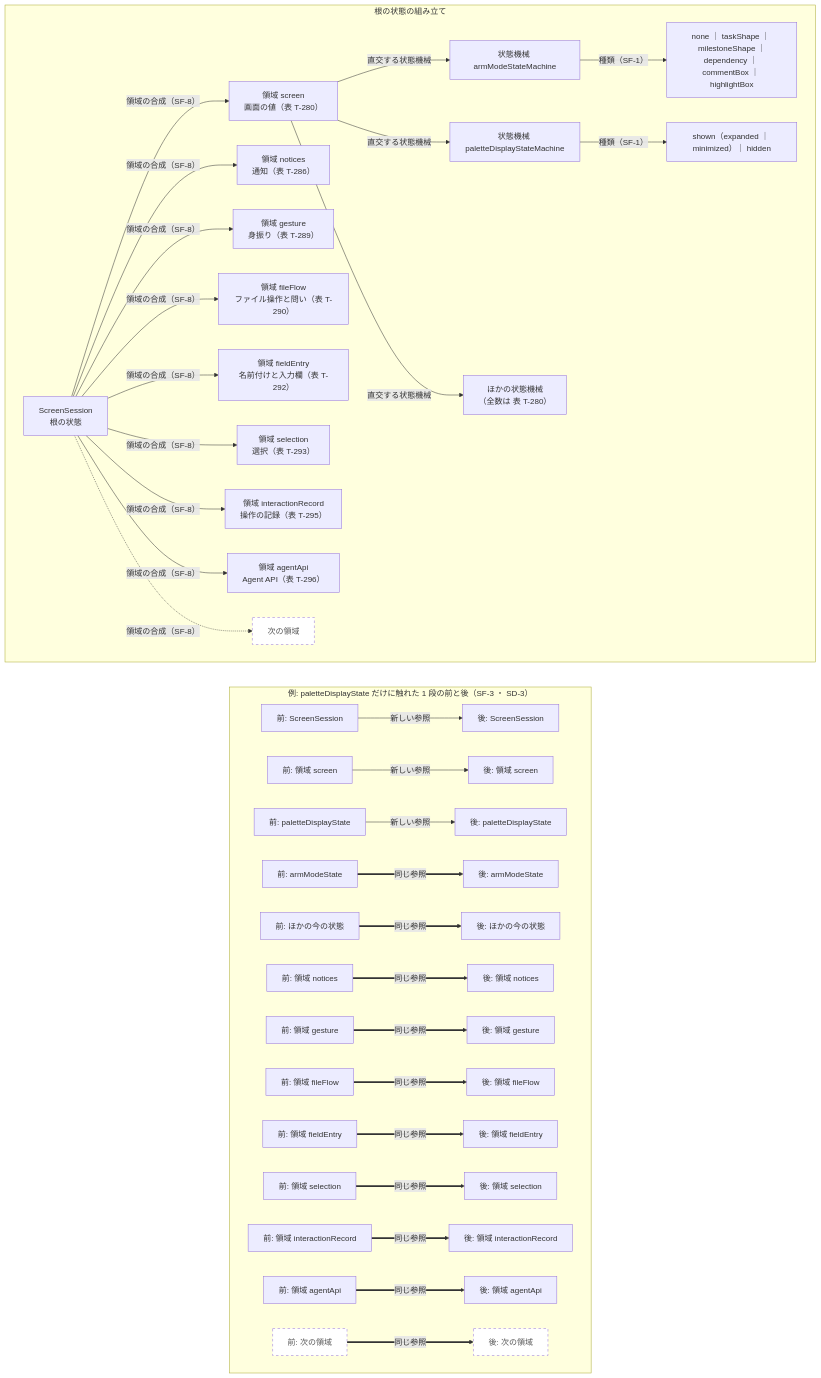
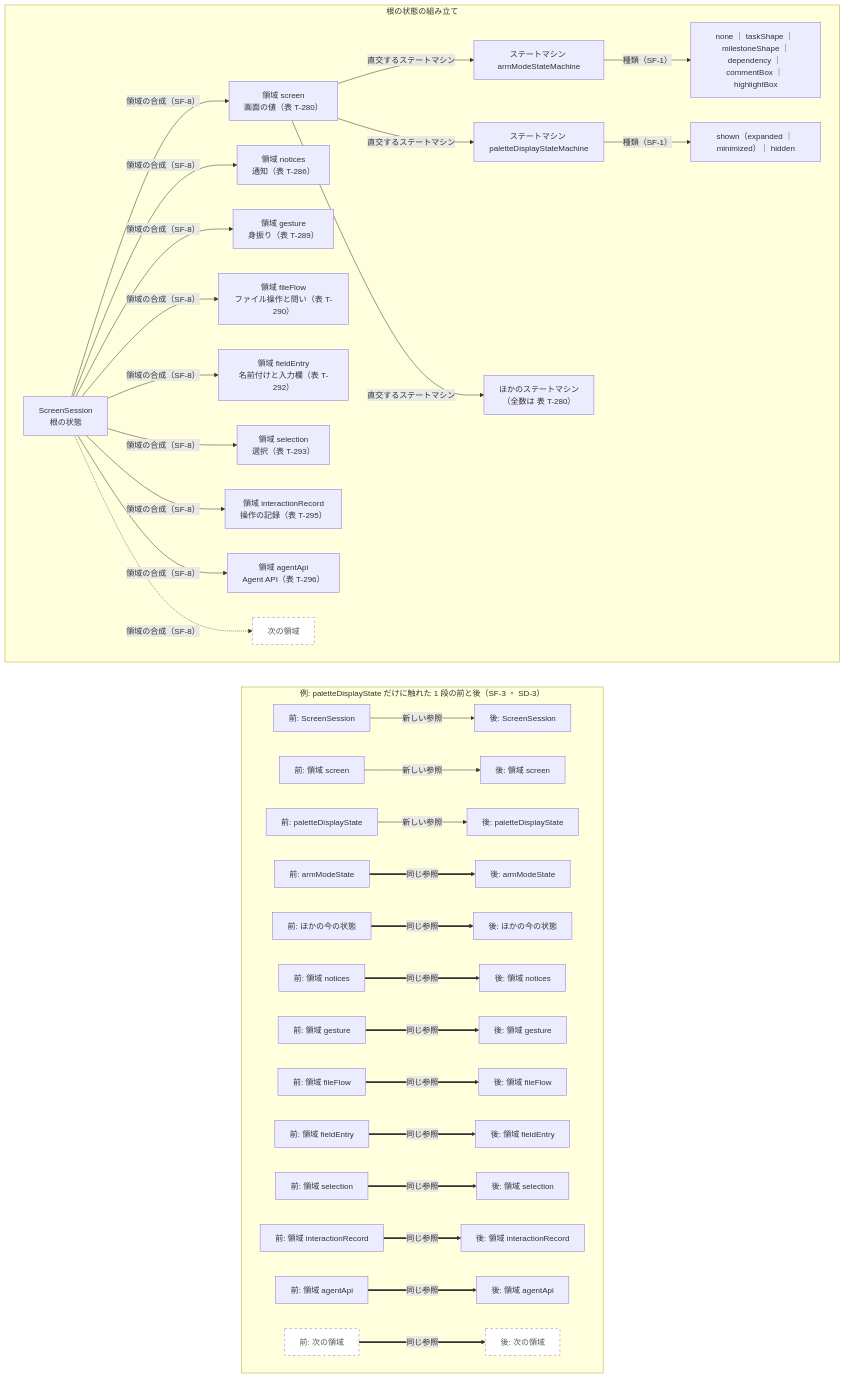
The fourth of 4 diagrams in docs/spec/05-07-design.md (GoodRelax/gr-scheduler), drawn with Mermaid before and after one commit. The commit also changed other lines of this file and 58 other files, not shown here.

````diff
--- a/docs/spec/05-07-design.md
+++ b/docs/spec/05-07-design.md
@@ -1146,54 +1146,54 @@
 ```mermaid
 flowchart TB
     subgraph Shape["根の状態の組み立て"]
         direction LR
         Root["ScreenSession<br>根の状態"]
         Screen["領域 screen<br>画面の値（表 T-280）"]
         Notices["領域 notices<br>通知（表 T-286）"]
         Gesture["領域 gesture<br>身振り（表 T-289）"]
         FileFlow["領域 fileFlow<br>ファイル操作と問い（表 T-290）"]
         FieldEntry["領域 fieldEntry<br>名前付けと入力欄（表 T-292）"]
         SelectionRegion["領域 selection<br>選択（表 T-293）"]
         RecordRegion["領域 interactionRecord<br>操作の記録（表 T-295）"]
         AgentApiRegion["領域 agentApi<br>Agent API（表 T-296）"]
         Next["次の領域"]:::future
-        Armed["状態機械 armModeStateMachine"]
-        Palette["状態機械 paletteDisplayStateMachine"]
-        Others["ほかの状態機械<br>（全数は 表 T-280）"]
+        Armed["ステートマシン armModeStateMachine"]
+        Palette["ステートマシン paletteDisplayStateMachine"]
+        Others["ほかのステートマシン<br>（全数は 表 T-280）"]
         ArmedK["none ｜ taskShape ｜ milestoneShape ｜<br>dependency ｜ commentBox ｜ highlightBox"]
         PaletteK["shown（expanded ｜ minimized）｜ hidden"]
         Root -->|"領域の合成（SF-8）"| Screen
         Root -->|"領域の合成（SF-8）"| Notices
         Root -->|"領域の合成（SF-8）"| Gesture
         Root -->|"領域の合成（SF-8）"| FileFlow
         Root -->|"領域の合成（SF-8）"| FieldEntry
         Root -->|"領域の合成（SF-8）"| SelectionRegion
         Root -->|"領域の合成（SF-8）"| RecordRegion
         Root -->|"領域の合成（SF-8）"| AgentApiRegion
         Root -.->|"領域の合成（SF-8）"| Next
-        Screen -->|"直交する状態機械"| Armed
-        Screen -->|"直交する状態機械"| Palette
-        Screen -->|"直交する状態機械"| Others
+        Screen -->|"直交するステートマシン"| Armed
+        Screen -->|"直交するステートマシン"| Palette
+        Screen -->|"直交するステートマシン"| Others
         Armed -->|"種類（SF-1）"| ArmedK
         Palette -->|"種類（SF-1）"| PaletteK
     end
     subgraph Step["例: paletteDisplayState だけに触れた 1 段の前と後（SF-3 ・ SD-3）"]
         direction LR
         R0["前: ScreenSession"] -->|"新しい参照"| R1["後: ScreenSession"]
         S0["前: 領域 screen"] -->|"新しい参照"| S1["後: 領域 screen"]
         P0["前: paletteDisplayState"] -->|"新しい参照"| P1["後: paletteDisplayState"]
         A0["前: armModeState"] ==>|"同じ参照"| A1["後: armModeState"]
         O0["前: ほかの今の状態"] ==>|"同じ参照"| O1["後: ほかの今の状態"]
         M0["前: 領域 notices"] ==>|"同じ参照"| M1["後: 領域 notices"]
         G0["前: 領域 gesture"] ==>|"同じ参照"| G1["後: 領域 gesture"]
         F0["前: 領域 fileFlow"] ==>|"同じ参照"| F1["後: 領域 fileFlow"]
         E0["前: 領域 fieldEntry"] ==>|"同じ参照"| E1["後: 領域 fieldEntry"]
         L0["前: 領域 selection"] ==>|"同じ参照"| L1["後: 領域 selection"]
         K0["前: 領域 interactionRecord"] ==>|"同じ参照"| K1["後: 領域 interactionRecord"]
         B0["前: 領域 agentApi"] ==>|"同じ参照"| B1["後: 領域 agentApi"]
         N0["前: 次の領域"]:::future ==>|"同じ参照"| N1["後: 次の領域"]:::future
     end
     Shape ~~~ Step
 
     classDef future stroke-dasharray: 5 5,fill:#fff,color:#555
 ```
````
